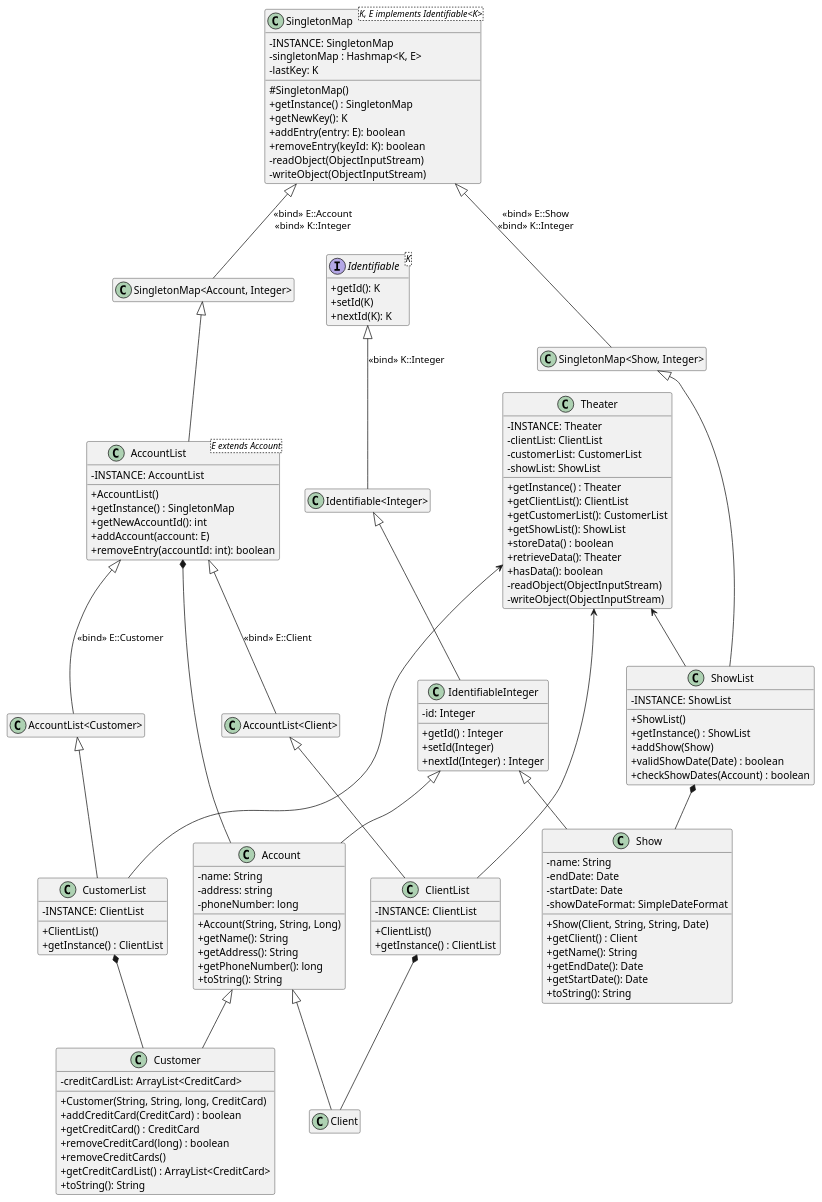
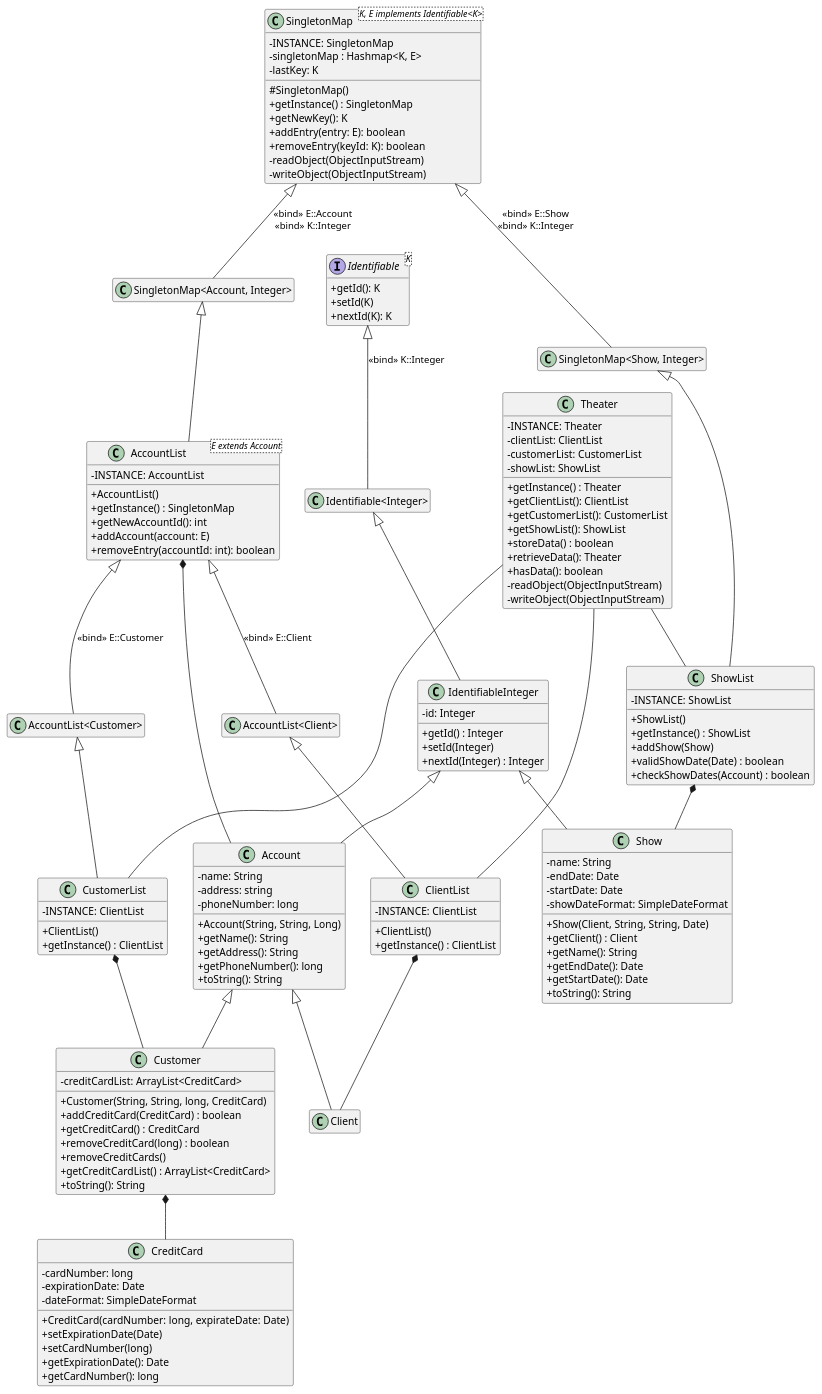
The diagram in src/UML.pu (FreezeWarp/372Groupwork), drawn with PlantUML before and after one commit. The commit also changed 1 other file, not shown here.

Commit message:
UML: Add CreditCard class

```diff
--- a/src/UML.pu
+++ b/src/UML.pu
@@ -1,139 +1,152 @@
 @startuml
 skinparam classAttributeIconSize 0
 hide empty members
 
 class SingletonMap<K, E implements Identifiable<K>> {
     -INSTANCE: SingletonMap
     -singletonMap : Hashmap<K, E>
     -lastKey: K
     #SingletonMap()
     +getInstance() : SingletonMap
     +getNewKey(): K
     +addEntry(entry: E): boolean
     +removeEntry(keyId: K): boolean
     -readObject(ObjectInputStream)
     -writeObject(ObjectInputStream)
 }
 
 class AccountList<E extends Account> {
     -INSTANCE: AccountList
     +AccountList()
     +getInstance() : SingletonMap
     +getNewAccountId(): int
     +addAccount(account: E)
     +removeEntry(accountId: int): boolean
 }
 
 class ClientList {
     -INSTANCE: ClientList
     +ClientList()
     +getInstance() : ClientList
 }
 
 class CustomerList {
     -INSTANCE: ClientList
     +ClientList()
     +getInstance() : ClientList
 }
 
 class ShowList {
     -INSTANCE: ShowList
     +ShowList()
     +getInstance() : ShowList
     +addShow(Show)
     +validShowDate(Date) : boolean
     +checkShowDates(Account) : boolean
 
 }
 
 interface Identifiable<K> {
     +getId(): K
     +setId(K)
     +nextId(K): K
 }
 
 class IdentifiableInteger {
     -id: Integer
     +getId() : Integer
     +setId(Integer)
     +nextId(Integer) : Integer
      
 }
 
 class Account {
     -name: String
     -address: string
     -phoneNumber: long
     +Account(String, String, Long)
     +getName(): String
     +getAddress(): String
     +getPhoneNumber(): long
     +toString(): String
 }
 
 class Customer {
     -creditCardList: ArrayList<CreditCard>
     +Customer(String, String, long, CreditCard)
     +addCreditCard(CreditCard) : boolean
     +getCreditCard() : CreditCard
     +removeCreditCard(long) : boolean
     +removeCreditCards()
     +getCreditCardList() : ArrayList<CreditCard>
     +toString(): String
 }
 
 class Show {
     -name: String
     -endDate: Date
     -startDate: Date
     -showDateFormat: SimpleDateFormat
     +Show(Client, String, String, Date)
     +getClient() : Client
     +getName(): String
     +getEndDate(): Date
     +getStartDate(): Date
     +toString(): String
 }
 
 class Theater {
     -INSTANCE: Theater
     -clientList: ClientList
     -customerList: CustomerList
     -showList: ShowList
     +getInstance() : Theater
     +getClientList(): ClientList
     +getCustomerList(): CustomerList
     +getShowList(): ShowList
     +storeData() : boolean
     +retrieveData(): Theater
     +hasData(): boolean
     -readObject(ObjectInputStream)
     -writeObject(ObjectInputStream)
 }
 
-Theater <-- "ClientList"
-Theater <-- "CustomerList"
-Theater <-- "ShowList"
+class CreditCard {
+    -cardNumber: long
+    -expirationDate: Date
+    -dateFormat: SimpleDateFormat
+    +CreditCard(cardNumber: long, expirateDate: Date)
+    +setExpirationDate(Date)
+    +setCardNumber(long)
+    +getExpirationDate(): Date
+    +getCardNumber(): long
+}
+
+Theater -- "ClientList"
+Theater -- "CustomerList"
+Theater -- "ShowList"
 
 "Identifiable" <|-- "Identifiable<Integer>" : "«bind» K::Integer"
 "Identifiable<Integer>" <|-- "IdentifiableInteger"
 SingletonMap <|-- "SingletonMap<Account, Integer>" : "«bind» E::Account\n«bind» K::Integer"
 SingletonMap <|-- "SingletonMap<Show, Integer>" : "«bind» E::Show\n«bind» K::Integer"
 "SingletonMap<Account, Integer>" <|-- AccountList
 "SingletonMap<Show, Integer>" <|-- ShowList
 AccountList <|-- "AccountList<Client>" : "«bind» E::Client"
 AccountList <|-- "AccountList<Customer>" : "«bind» E::Customer"
 "AccountList<Client>" <|-- ClientList
 "AccountList<Customer>" <|-- CustomerList
 
 IdentifiableInteger <|-- Account
 IdentifiableInteger <|-- Show
 
 Account <|-- Client
 Account <|-- Customer
 
 AccountList *-- Account
 ClientList *-- Client
 CustomerList *-- Customer
 ShowList *-- Show
+
+Customer *-- CreditCard
 @enduml
```
